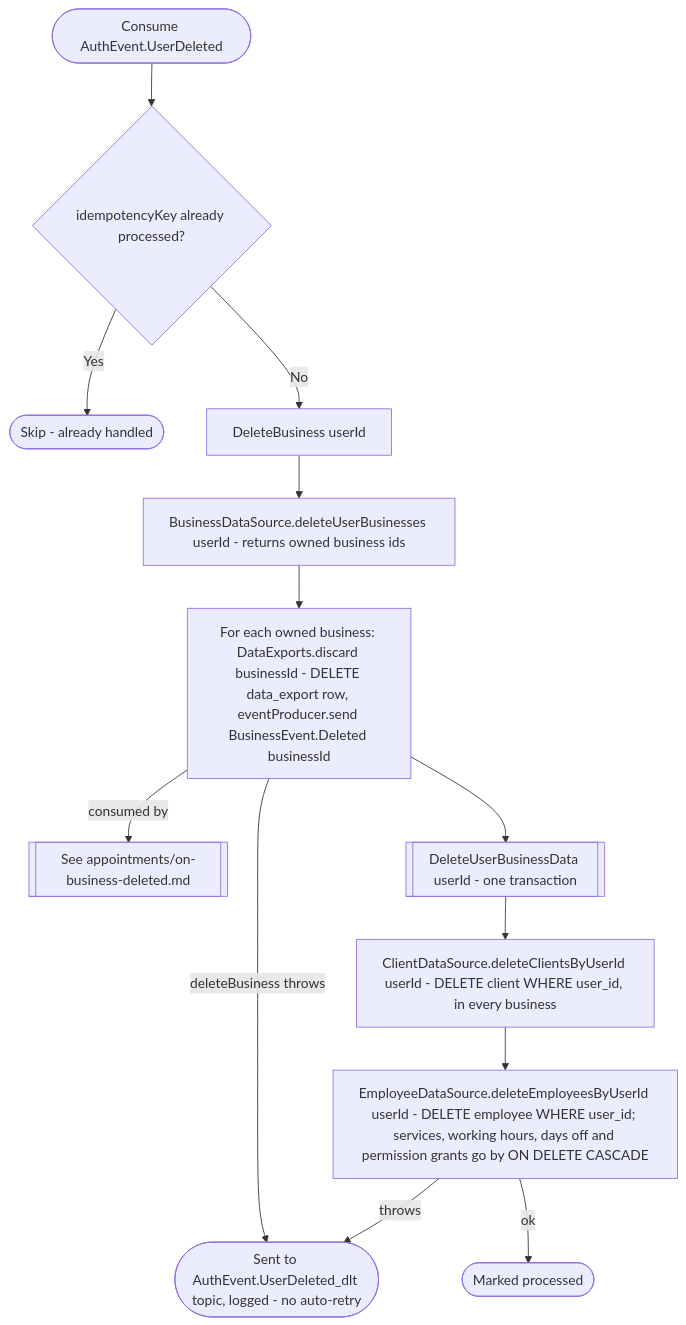
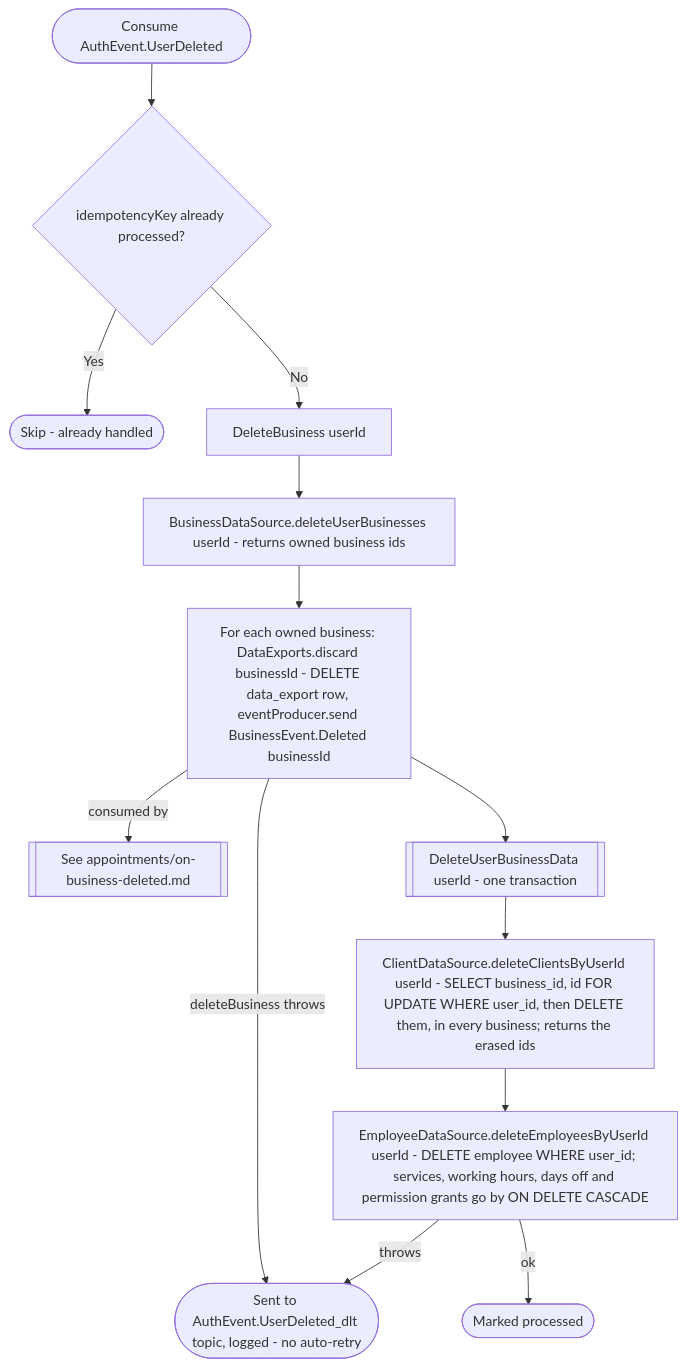
One commit to nocturneproperties/bookkme changed the diagram in docs/operations/business/on-user-deleted.md. Above: the diagram before and after it, drawn with Mermaid. The commit also changed 40 other files, not shown here.

````diff
--- a/docs/operations/business/on-user-deleted.md
+++ b/docs/operations/business/on-user-deleted.md
@@ -19,15 +19,15 @@
 ```mermaid
 flowchart TD
     Start([Consume AuthEvent.UserDeleted]) --> Dedup{idempotencyKey already processed?}
     Dedup -- Yes --> Skip([Skip - already handled])
     Dedup -- No --> DeleteBiz[DeleteBusiness userId]
     DeleteBiz --> GetBiz[BusinessDataSource.deleteUserBusinesses userId - returns owned business ids]
     GetBiz --> Loop[For each owned business: DataExports.discard businessId - DELETE data_export row, eventProducer.send BusinessEvent.Deleted businessId]
     Loop -- consumed by --> Downstream[[See appointments/on-business-deleted.md]]
     Loop -- deleteBusiness throws --> Dlt([Sent to AuthEvent.UserDeleted_dlt topic, logged - no auto-retry])
     Loop --> DeleteData[[DeleteUserBusinessData userId - one transaction]]
-    DeleteData --> DelClients["ClientDataSource.deleteClientsByUserId userId - DELETE client WHERE user_id, in every business"]
+    DeleteData --> DelClients["ClientDataSource.deleteClientsByUserId userId - SELECT business_id, id FOR UPDATE WHERE user_id, then DELETE them, in every business; returns the erased ids"]
     DelClients --> DelEmployees["EmployeeDataSource.deleteEmployeesByUserId userId - DELETE employee WHERE user_id; services, working hours, days off and permission grants go by ON DELETE CASCADE"]
     DelEmployees -- throws --> Dlt
     DelEmployees -- ok --> Ack([Marked processed])
 ```
````
